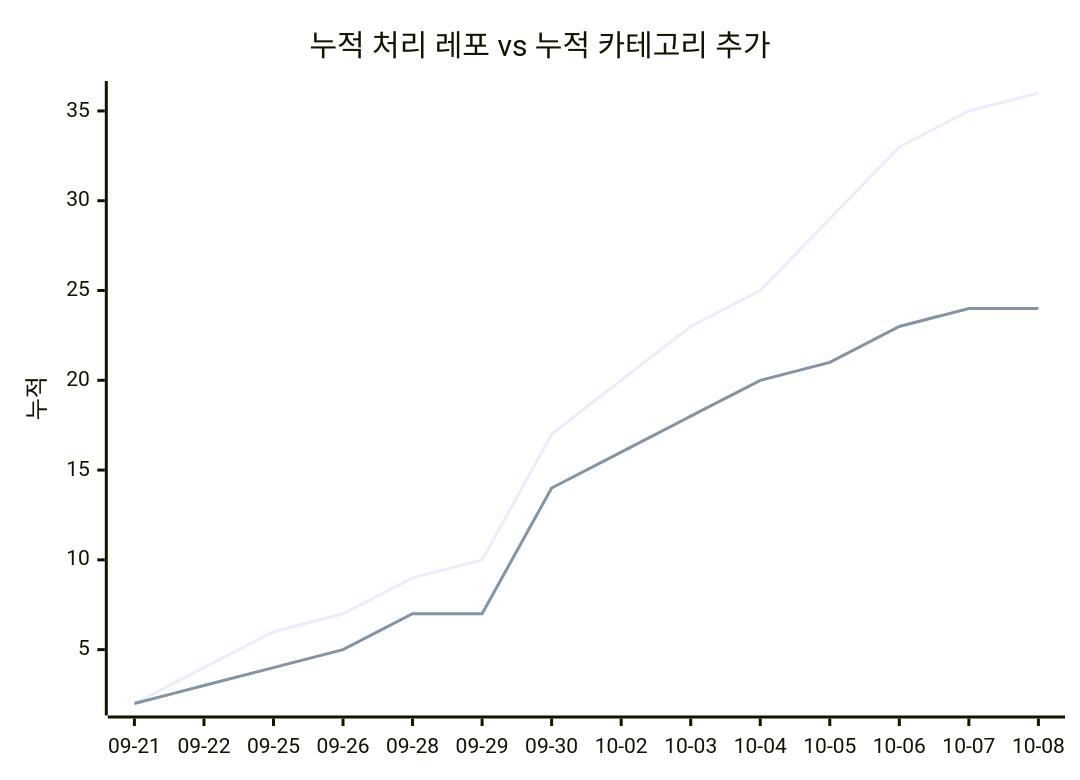
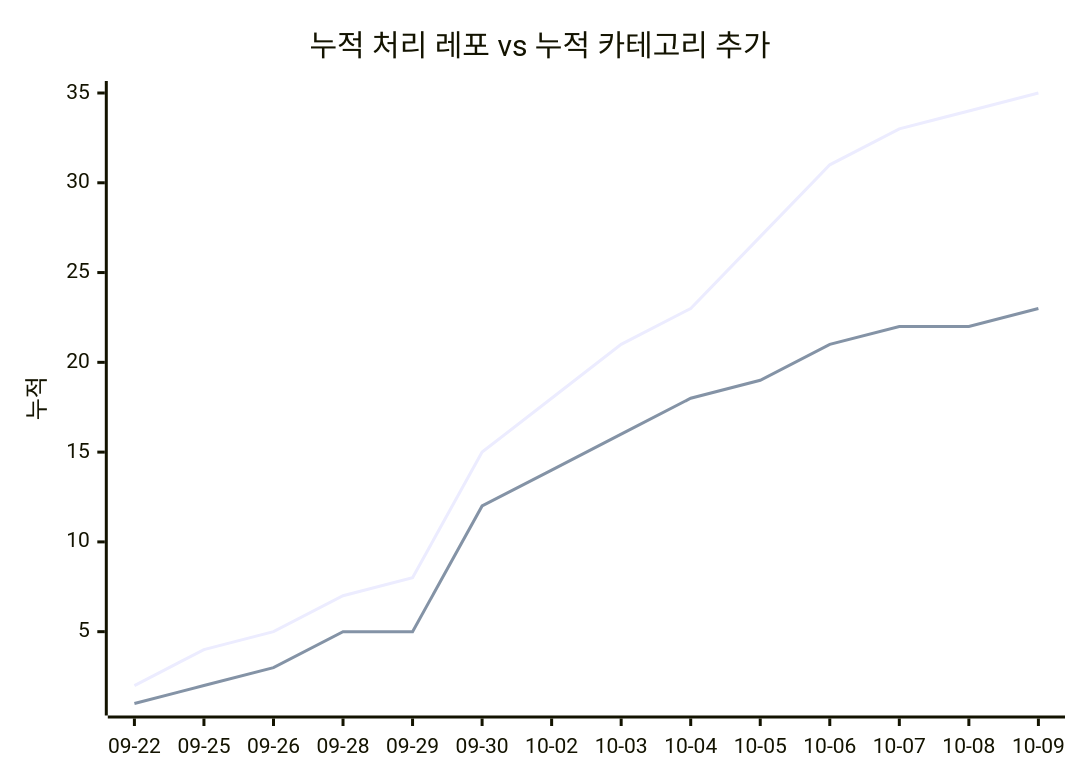
One commit to J-nowcow/awesome-korean-agent-skills changed the second of 2 diagrams in docs/trends.md. Above: the diagram before and after it, drawn with Mermaid. The commit also changed other lines of this file, not shown here.

````diff
--- a/docs/trends.md
+++ b/docs/trends.md
@@ -68,8 +68,8 @@
 ```mermaid
 xychart-beta
     title "누적 처리 레포 vs 누적 카테고리 추가"
-    x-axis ["09-21","09-22","09-25","09-26","09-28","09-29","09-30","10-02","10-03","10-04","10-05","10-06","10-07","10-08"]
+    x-axis ["09-22","09-25","09-26","09-28","09-29","09-30","10-02","10-03","10-04","10-05","10-06","10-07","10-08","10-09"]
     y-axis "누적"
-    line [2,4,6,7,9,10,17,20,23,25,29,33,35,36]
-    line [2,3,4,5,7,7,14,16,18,20,21,23,24,24]
+    line [2,4,5,7,8,15,18,21,23,27,31,33,34,35]
+    line [1,2,3,5,5,12,14,16,18,19,21,22,22,23]
 ```
````
